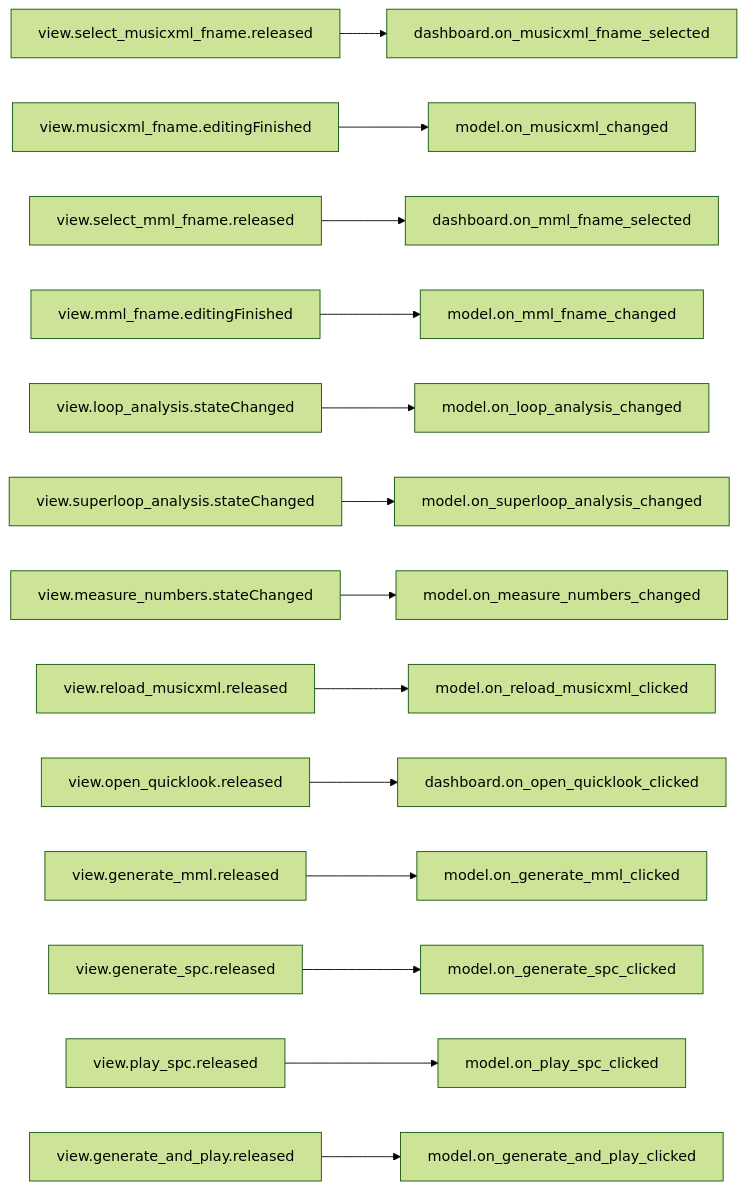
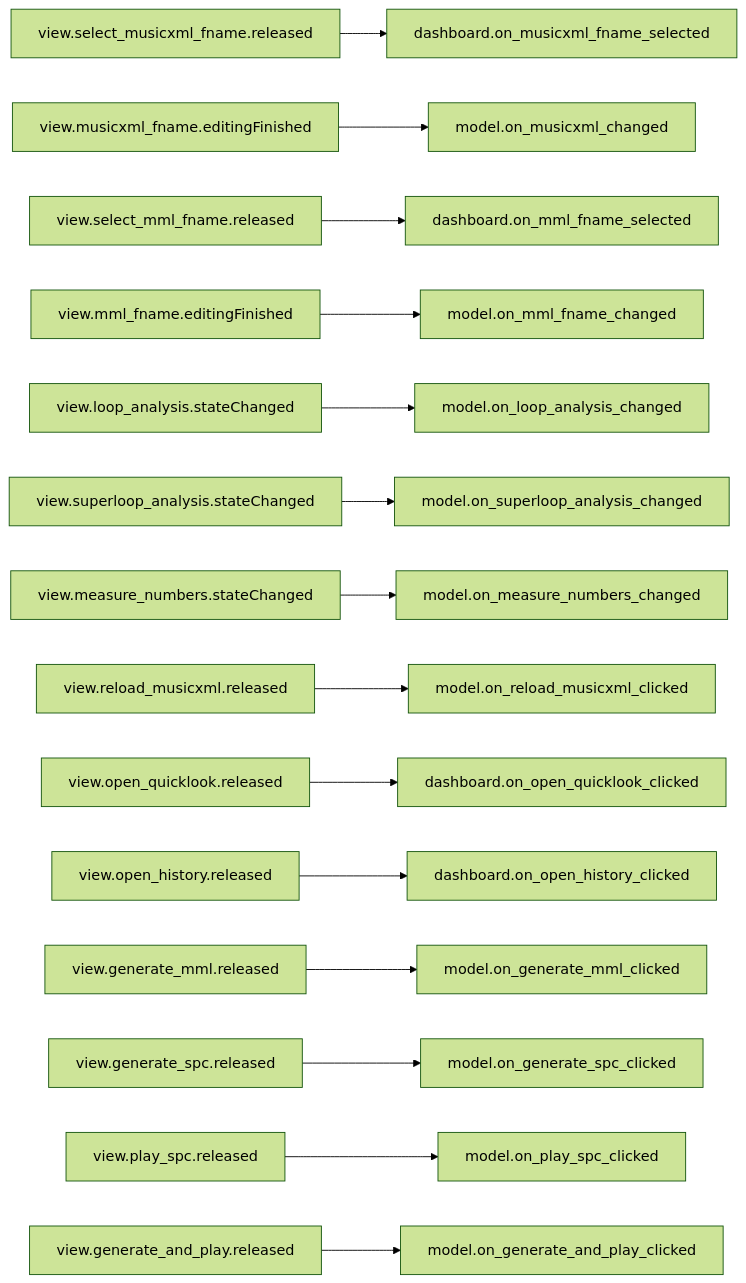
One commit to com-posers-pit/smw_music changed the third of 10 diagrams in doc/source/dashboard_signal_slot_map.rst. Above: the diagram before and after it, drawn with Mermaid (forest theme). The commit also changed 4 other files, not shown here.

```diff
--- a/doc/source/dashboard_signal_slot_map.rst
+++ b/doc/source/dashboard_signal_slot_map.rst
@@ -59,16 +59,17 @@
 .. mermaid::
 
    flowchart LR
       view.select_musicxml_fname.released --> dashboard.on_musicxml_fname_selected
       view.musicxml_fname.editingFinished --> model.on_musicxml_changed
       view.select_mml_fname.released --> dashboard.on_mml_fname_selected
       view.mml_fname.editingFinished --> model.on_mml_fname_changed
       view.loop_analysis.stateChanged --> model.on_loop_analysis_changed
       view.superloop_analysis.stateChanged --> model.on_superloop_analysis_changed
       view.measure_numbers.stateChanged --> model.on_measure_numbers_changed
       view.reload_musicxml.released --> model.on_reload_musicxml_clicked
       view.open_quicklook.released --> dashboard.on_open_quicklook_clicked
+      view.open_history.released --> dashboard.on_open_history_clicked
       view.generate_mml.released --> model.on_generate_mml_clicked
       view.generate_spc.released --> model.on_generate_spc_clicked
       view.play_spc.released --> model.on_play_spc_clicked
       view.generate_and_play.released --> model.on_generate_and_play_clicked
```
